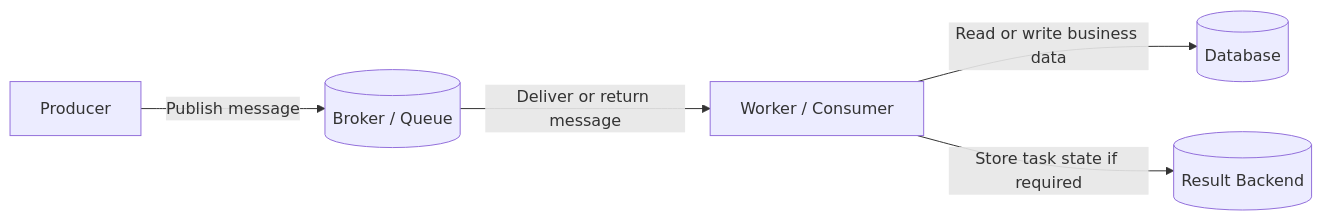
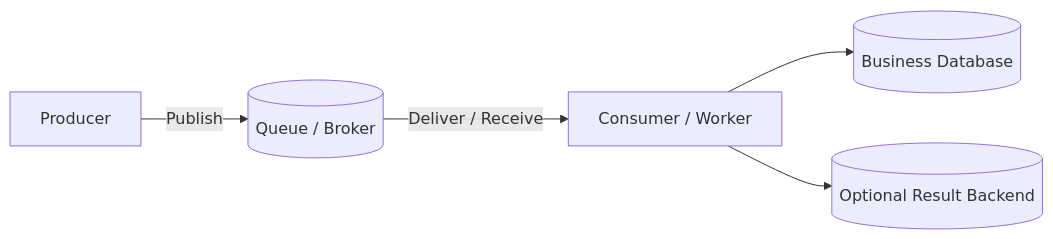
Before and after one commit to AvadhBhalodiya/Interview-Preparation: the third of 16 diagrams in src/content/task-processing/message-brokers-redis-rabbitmq-sqs.md, drawn with Mermaid. The commit also changed other lines of this file and 80 other files, not shown here.

````diff
--- a/src/content/task-processing/message-brokers-redis-rabbitmq-sqs.md
+++ b/src/content/task-processing/message-brokers-redis-rabbitmq-sqs.md
@@ -121,7 +83,7 @@
 ```mermaid
 flowchart LR
-    P[Producer] -->|Publish message| B[(Broker / Queue)]
-    B -->|Deliver or return message| W[Worker / Consumer]
-    W -->|Read or write business data| DB[(Database)]
-    W -->|Store task state if required| RB[(Result Backend)]
+    P[Producer] -->|Publish| Q[(Queue / Broker)]
+    Q -->|Deliver / Receive| W[Consumer / Worker]
+    W --> DB[(Business Database)]
+    W --> RB[(Optional Result Backend)]
 ```
````
